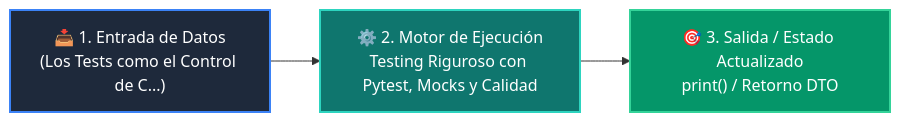
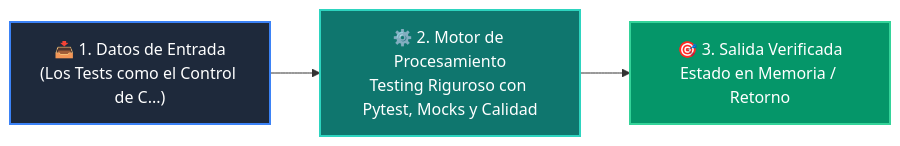
The diagram in 04-proyecto-final/clase-06-testing-y-calidad/README.md (wisrovi/wisrovi-python), drawn with Mermaid before and after one commit. The commit also changed other lines of this file and 226 other files, not shown here.

Commit message:
docs: elevate all repository READMEs to world-class mastery standard with rich pedagogical architecture, custom Mermaids, and professional styling

````diff
--- a/04-proyecto-final/clase-06-testing-y-calidad/README.md
+++ b/04-proyecto-final/clase-06-testing-y-calidad/README.md
@@ -12,9 +26,9 @@
 ```mermaid
 flowchart LR
-    A["📥 1. Entrada de Datos<br/>(Los Tests como el Control de C...)"] --> B["⚙️ 2. Motor de Ejecución<br/>Testing Riguroso con Pytest, Mocks y Calidad"]
-    B --> C["🎯 3. Salida / Estado Actualizado<br/>print() / Retorno DTO"]
+    IN["📥 1. Datos de Entrada<br/>(Los Tests como el Control de C...)"] --> ENG["⚙️ 2. Motor de Procesamiento<br/>Testing Riguroso con Pytest, Mocks y Calidad"]
+    ENG --> OUT["🎯 3. Salida Verificada<br/>Estado en Memoria / Retorno"]
 
-    style A fill:#1e293b,color:#ffffff,stroke:#3b82f6,stroke-width:2px
-    style B fill:#0f766e,color:#ffffff,stroke:#2dd4bf,stroke-width:2px
-    style C fill:#059669,color:#ffffff,stroke:#34d399,stroke-width:2px
+    style IN fill:#1e293b,color:#ffffff,stroke:#3b82f6,stroke-width:2px
+    style ENG fill:#0f766e,color:#ffffff,stroke:#2dd4bf,stroke-width:2px
+    style OUT fill:#059669,color:#ffffff,stroke:#34d399,stroke-width:2px
 ```
````
